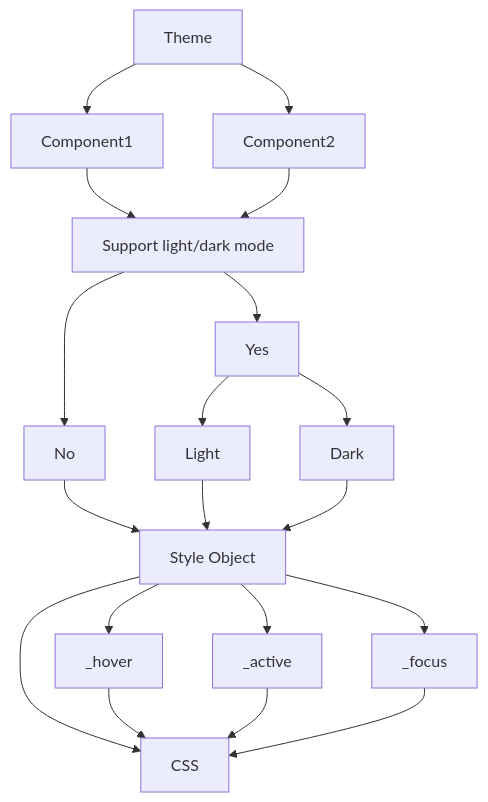
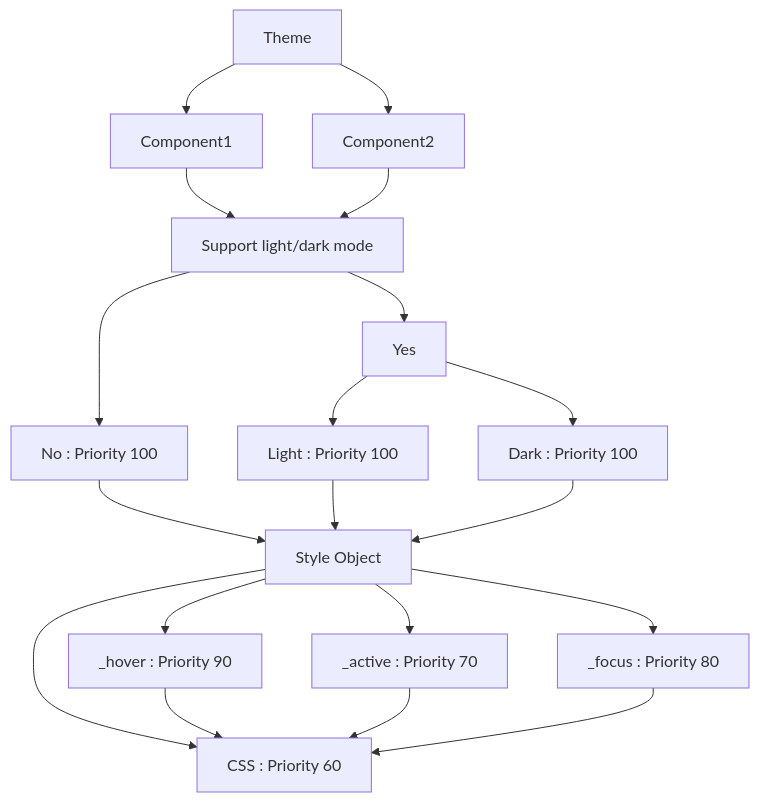
One commit to webbeetechnologies/bamboo-atoms changed the first of 2 diagrams in DEVELOPER_NOTES.md. Above: the diagram before and after it, drawn with Mermaid. The commit also changed other lines of this file and 2 other files, not shown here.

````diff
--- a/DEVELOPER_NOTES.md
+++ b/DEVELOPER_NOTES.md
@@ -55,17 +56,17 @@
 ```mermaid
 	graph
 		O[Theme]-->A[Component1];
 		O --> A2[Component2];
 		A-->B[Support light/dark mode];
 		A2-->B;
-		B-->C[No];
+		B-->C[No : Priority 100];
 		C-->D[Style Object];
-		D-->E[CSS];
-		D-->F[_hover]; 		D-->G[_active]; 		D-->H[_focus];
+		D-->E[CSS : Priority 60];
+		D-->F[_hover : Priority 90];		D-->H[_focus : Priority 80];		D-->G[_active : Priority 70];
 		F-->E; 		G-->E; 		H-->E;
 		B-->I[Yes];
-		I-->J[Light];
-		I-->K[Dark];
+		I-->J[Light : Priority 100];
+		I-->K[Dark : Priority 100];
 		J-->D;
 		K-->D;
 ```
````
